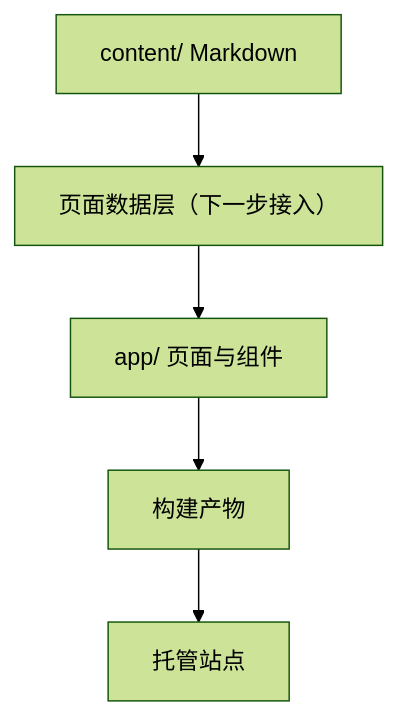
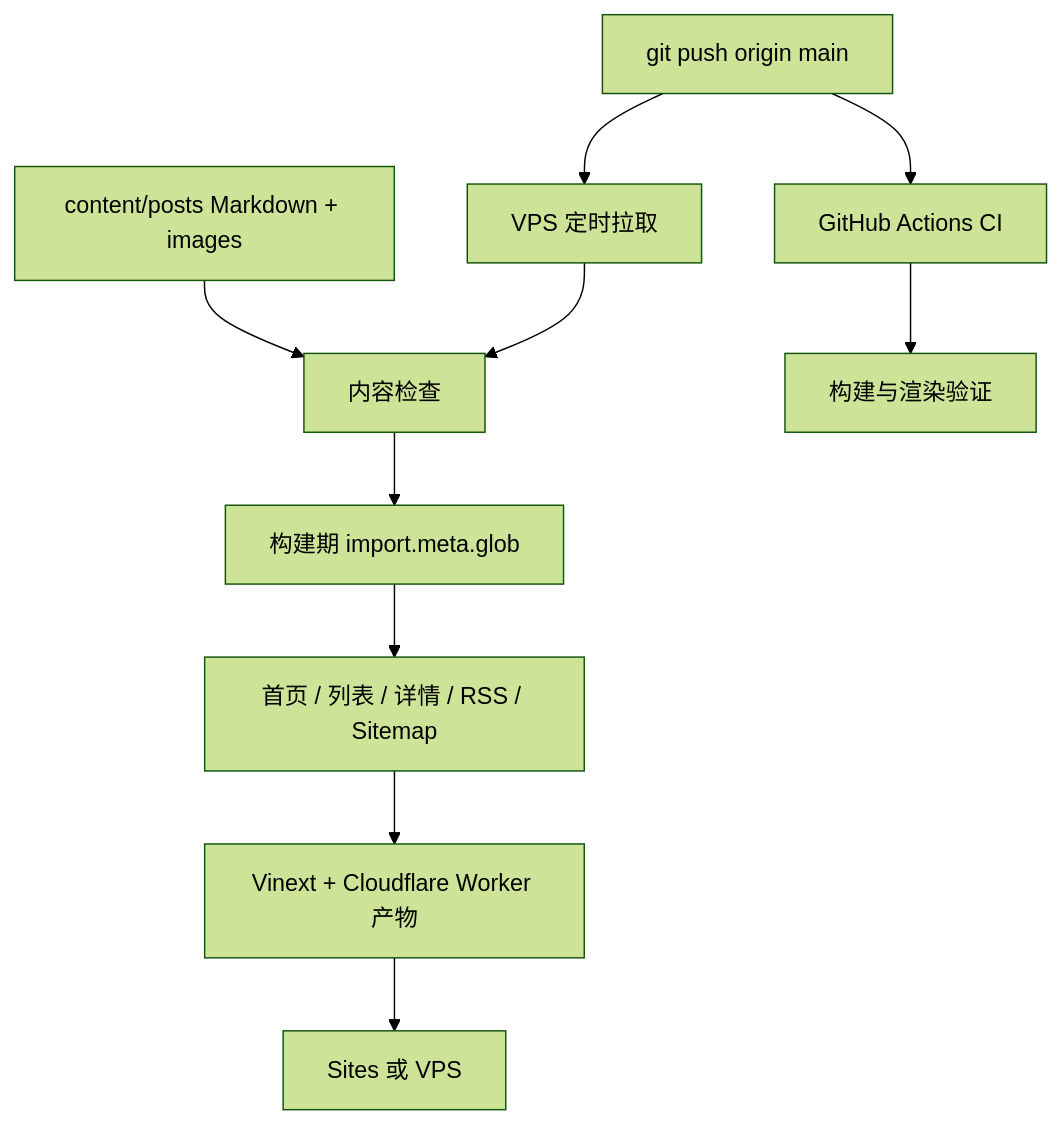
Before and after one commit to Jmmt-mingrui/Jmmt-mingrui.github.io: the diagram in ARCHITECTURE.md, drawn with Mermaid (forest theme). The commit also changed other lines of this file and 1 other file, not shown here.

Commit message:
docs: document publishing and deployment architecture

````diff
--- a/ARCHITECTURE.md
+++ b/ARCHITECTURE.md
@@ -3,7 +3,12 @@
 ```mermaid
 flowchart TD
-  A["content/ Markdown"] --> B["页面数据层（下一步接入）"]
-  B --> C["app/ 页面与组件"]
-  C --> D["构建产物"]
-  D --> E["托管站点"]
+  A["content/posts Markdown + images"] --> B["内容检查"]
+  B --> C["构建期 import.meta.glob"]
+  C --> D["首页 / 列表 / 详情 / RSS / Sitemap"]
+  D --> E["Vinext + Cloudflare Worker 产物"]
+  E --> F["Sites 或 VPS"]
+  G["git push origin main"] --> H["GitHub Actions CI"]
+  G --> I["VPS 定时拉取"]
+  I --> B
+  H --> J["构建与渲染验证"]
 ```
````
